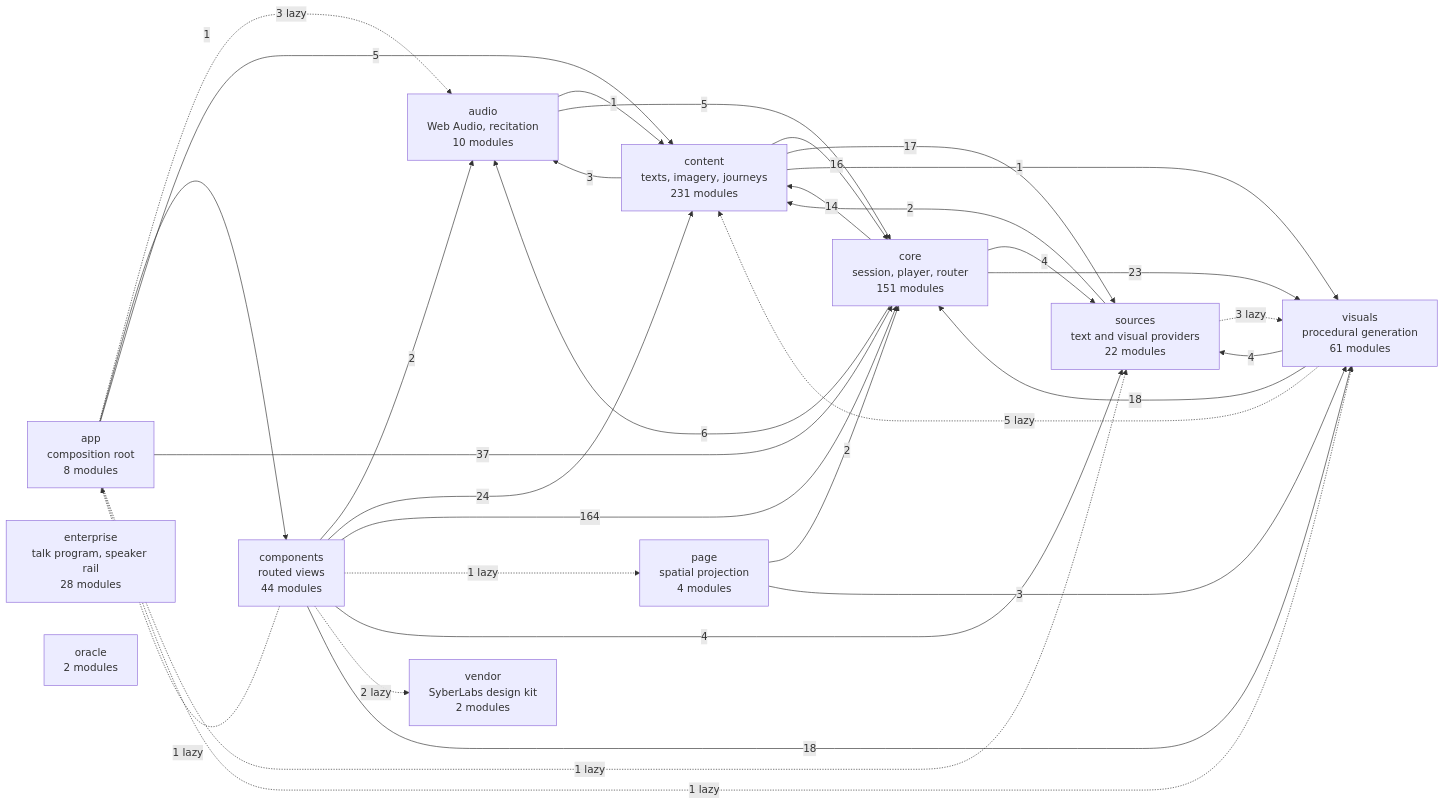
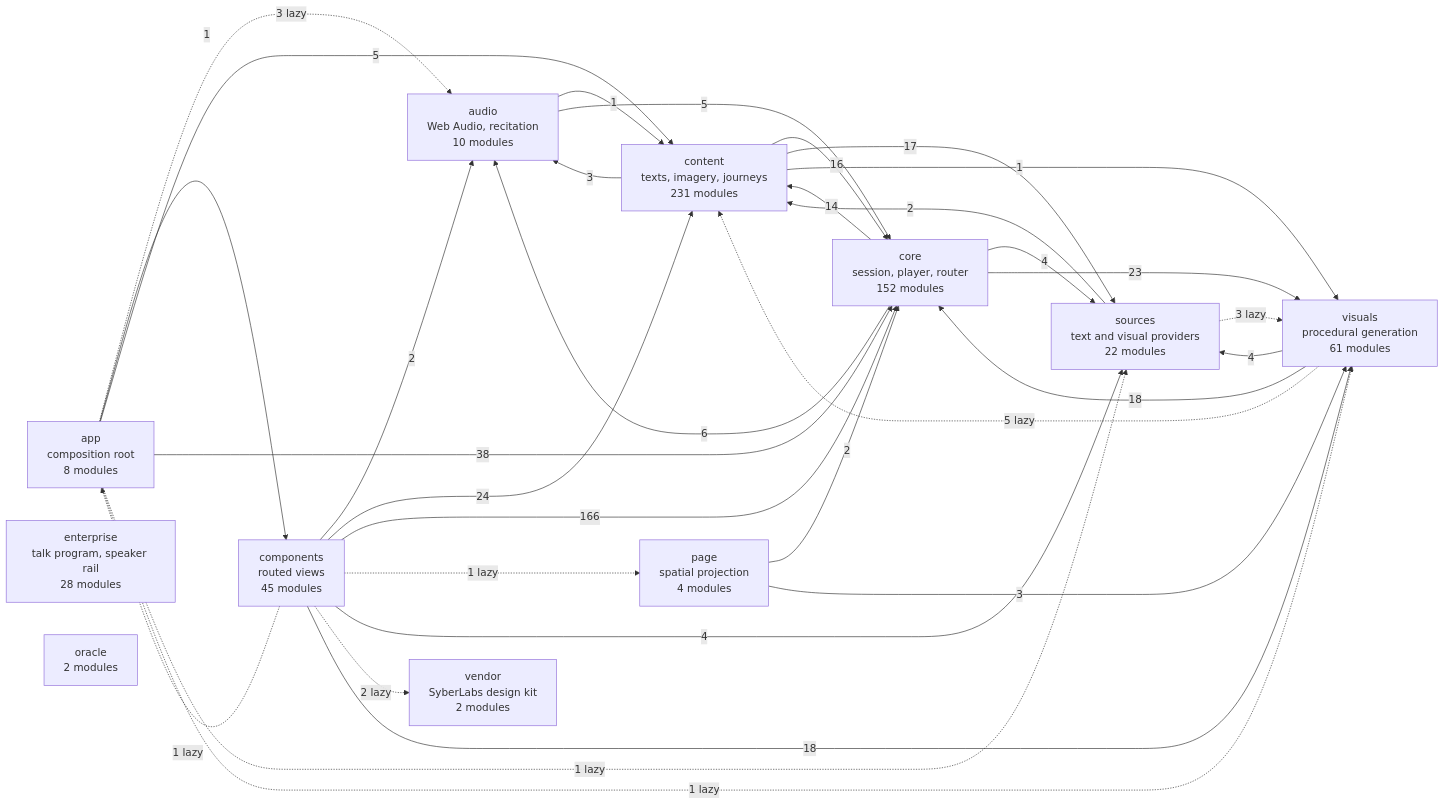
Before and after one commit to SyberLabs/RISE: the diagram in docs/specs/ARCHITECTURE.md, drawn with Mermaid. The commit also changed other lines of this file and 9 other files, not shown here.

````diff
--- a/docs/specs/ARCHITECTURE.md
+++ b/docs/specs/ARCHITECTURE.md
@@ -160,46 +160,46 @@
 ```mermaid
 flowchart LR
     app["app<br/>composition root<br/>8 modules"]
     audio["audio<br/>Web Audio, recitation<br/>10 modules"]
-    components["components<br/>routed views<br/>44 modules"]
+    components["components<br/>routed views<br/>45 modules"]
     content["content<br/>texts, imagery, journeys<br/>231 modules"]
-    core["core<br/>session, player, router<br/>151 modules"]
+    core["core<br/>session, player, router<br/>152 modules"]
     enterprise["enterprise<br/>talk program, speaker rail<br/>28 modules"]
     oracle["oracle<br/>2 modules"]
     page["page<br/>spatial projection<br/>4 modules"]
     sources["sources<br/>text and visual providers<br/>22 modules"]
     vendor["vendor<br/>SyberLabs design kit<br/>2 modules"]
     visuals["visuals<br/>procedural generation<br/>61 modules"]
 
     app -.-> |3 lazy| audio
     app --> |1| components
     app --> |5| content
-    app --> |37| core
+    app --> |38| core
     app -.-> |1 lazy| sources
     app -.-> |1 lazy| visuals
     audio --> |1| content
     audio --> |5| core
     components -.-> |1 lazy| app
     components --> |2| audio
     components --> |24| content
-    components --> |164| core
+    components --> |166| core
     components -.-> |1 lazy| page
     components --> |4| sources
     components -.-> |2 lazy| vendor
     components --> |18| visuals
     content --> |3| audio
     content --> |16| core
     content --> |17| sources
     content --> |1| visuals
     core --> |6| audio
     core --> |14| content
     core --> |4| sources
     core --> |23| visuals
     page --> |2| core
     page --> |3| visuals
     sources --> |2| content
     sources -.-> |3 lazy| visuals
     visuals -.-> |5 lazy| content
     visuals --> |18| core
     visuals --> |4| sources
 ```
````
